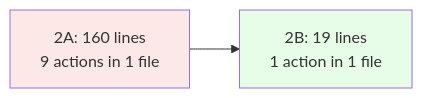
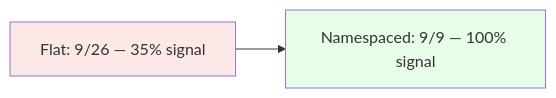
The second of 2 diagrams in README.md (railswhey/app), drawn with Mermaid before and after one commit. The commit also changed other lines of this file and 153 other files, not shown here.

````diff
--- a/README.md
+++ b/README.md
@@ -162,6 +155,6 @@
 ```mermaid
 flowchart LR
-  A["2A: 160 lines<br/>9 actions in 1 file"] --> B["2B: 19 lines<br/>1 action in 1 file"]
+  A["Flat: 9/26 — 35% signal"] --> B["Namespaced: 9/9 — 100% signal"]
   style A fill:#fde8e8
   style B fill:#e8fde8
 ```
````
